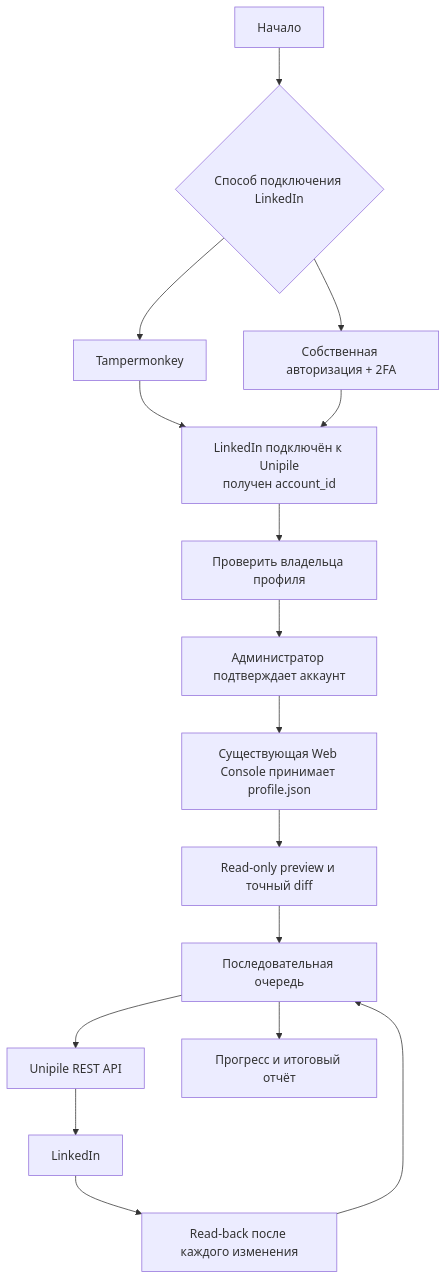
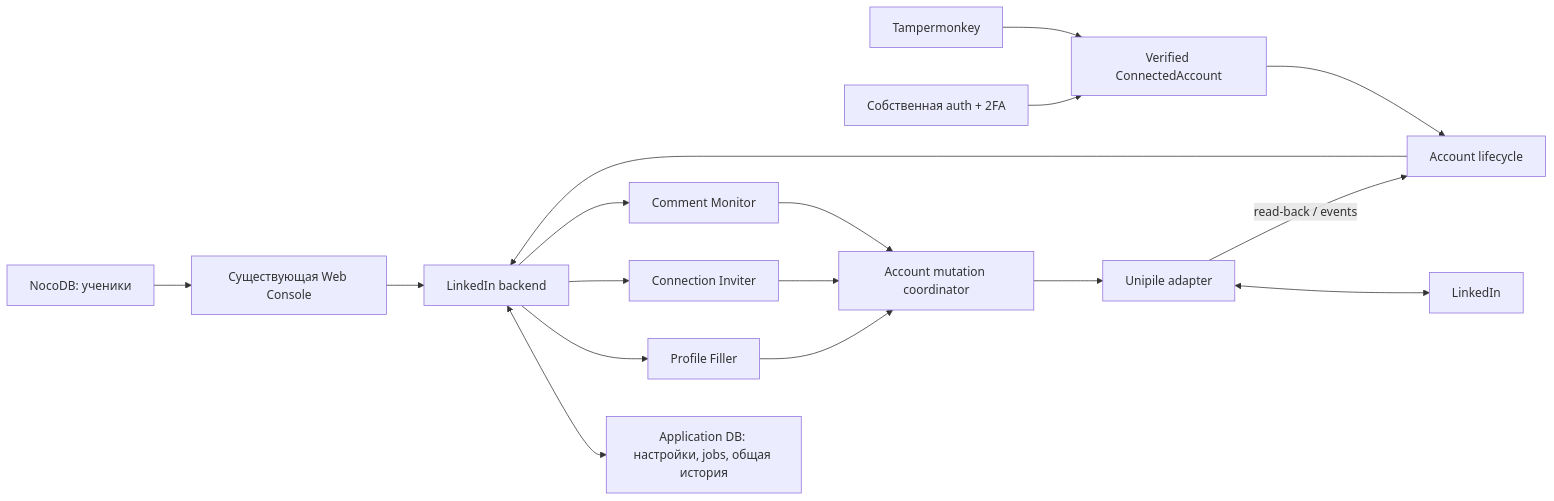
One commit to Kira2K/unicorn-autoresponder changed the diagram in src/features/linkedin-automation/ARCHITECTURE.md. Above: the diagram before and after it, drawn with Mermaid. The commit also changed other lines of this file and 11 other files, not shown here.

Commit message:
docs(linkedin): finalize automation architecture

````diff
--- a/src/features/linkedin-automation/ARCHITECTURE.md
+++ b/src/features/linkedin-automation/ARCHITECTURE.md
@@ -73,21 +85,21 @@
 ```mermaid
-flowchart TD
-    START["Начало"] --> METHOD{"Способ подключения LinkedIn"}
+flowchart LR
+    N["NocoDB: ученики"] --> UI["Существующая Web Console"]
+    UI --> API["LinkedIn backend"]
+    API <--> DB["Application DB: настройки, jobs, общая история"]
 
-    METHOD --> TM["Tampermonkey"]
-    METHOD --> TWOFA["Собственная авторизация + 2FA"]
+    TM["Tampermonkey"] --> CA["Verified ConnectedAccount"]
+    FA["Собственная auth + 2FA"] --> CA
+    CA --> LIFE["Account lifecycle"]
+    LIFE --> API
 
-    TM --> ACCOUNT["LinkedIn подключён к Unipile<br/>получен account_id"]
-    TWOFA --> ACCOUNT
-
-    ACCOUNT --> VERIFY["Проверить владельца профиля"]
-    VERIFY --> CONFIRM["Администратор подтверждает аккаунт"]
-    CONFIRM --> PROFILE["Существующая Web Console принимает profile.json"]
-    PROFILE --> PREVIEW["Read-only preview и точный diff"]
-    PREVIEW --> QUEUE["Последовательная очередь"]
-    QUEUE --> UNIPILE["Unipile REST API"]
-    UNIPILE --> LINKEDIN["LinkedIn"]
-    LINKEDIN --> READBACK["Read-back после каждого изменения"]
-    READBACK --> QUEUE
-    QUEUE --> REPORT["Прогресс и итоговый отчёт"]
+    API --> PF["Profile Filler"]
+    API --> CI["Connection Inviter"]
+    API --> CM["Comment Monitor"]
+    PF --> COORD["Account mutation coordinator"]
+    CI --> COORD
+    CM --> COORD
+    COORD --> U["Unipile adapter"]
+    U <--> L["LinkedIn"]
+    U -->|"read-back / events"| LIFE
 ```
````
